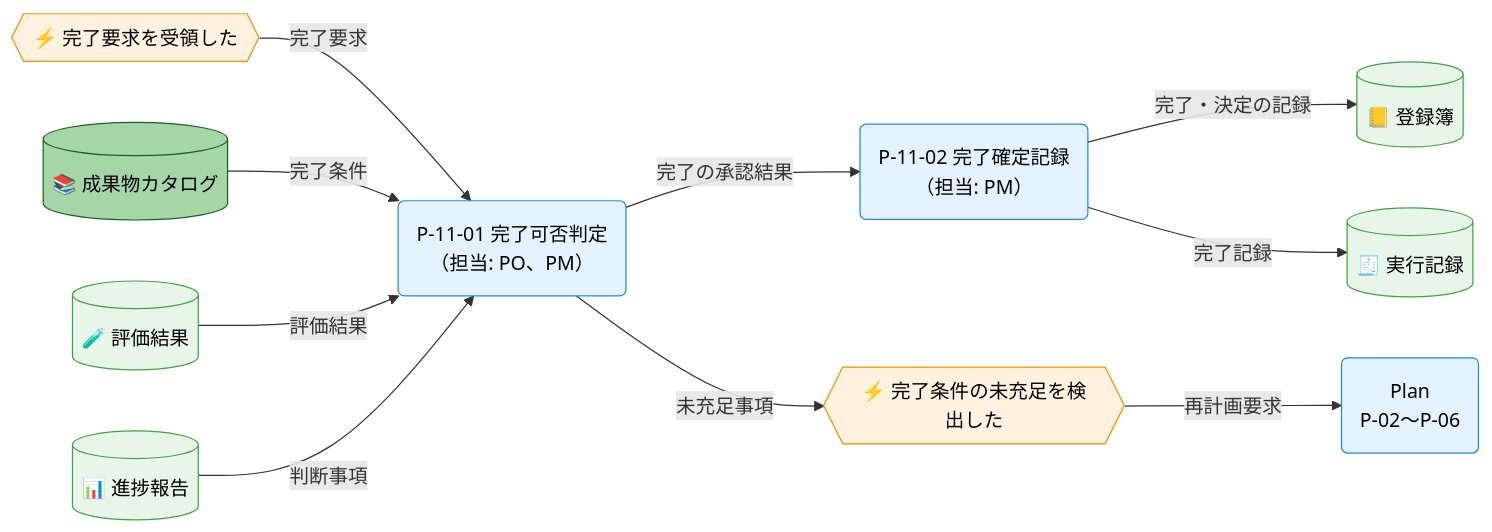
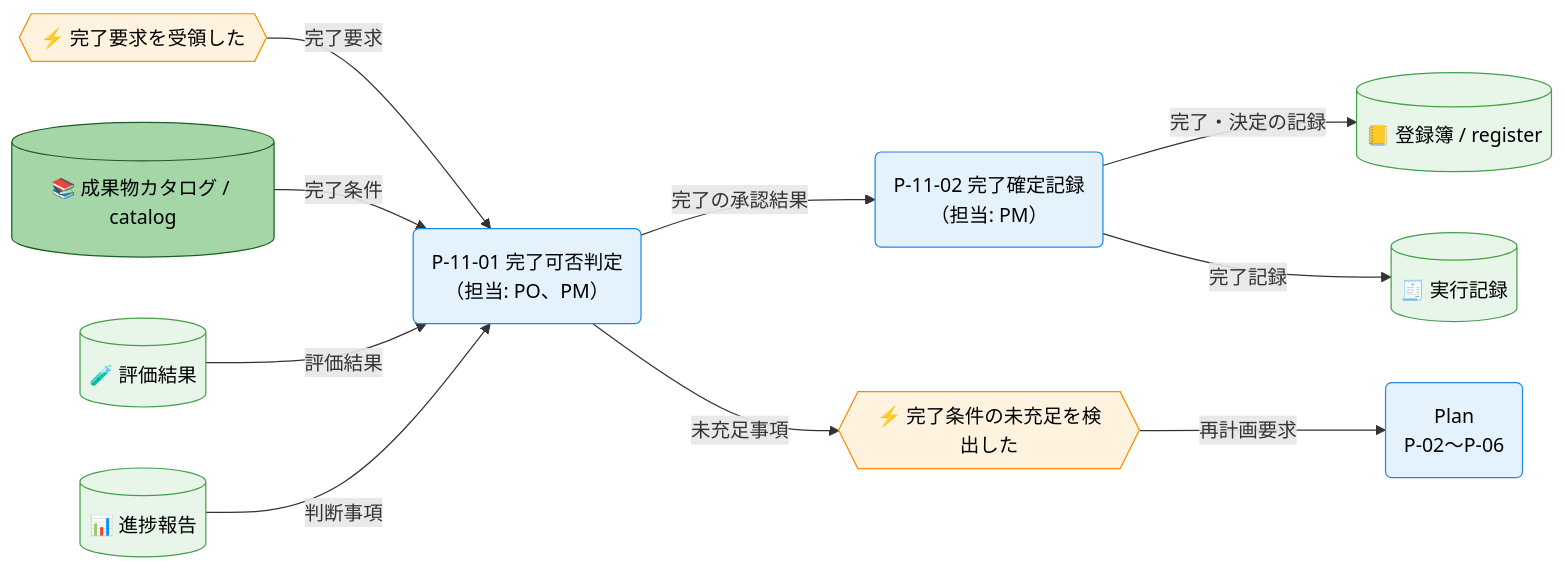
Before and after one commit to specdojo/specdojo: the first of 3 diagrams in docs/ja/product/010-business-specs/010-data-flow/cdfd-action.md, drawn with Mermaid. The commit also changed other lines of this file and 14 other files, not shown here.

````diff
--- a/docs/ja/product/010-business-specs/010-data-flow/cdfd-action.md
+++ b/docs/ja/product/010-business-specs/010-data-flow/cdfd-action.md
@@ -102,33 +102,33 @@
 ```mermaid
 flowchart LR
   classDef process fill:#e3f2fd,stroke:#1e88e5,color:#000
   classDef event fill:#fff3e0,stroke:#fb8c00,color:#000
   classDef storeMaster fill:#a5d6a7,stroke:#1b5e20,color:#000
   classDef storeTransaction fill:#e8f5e9,stroke:#43a047,color:#000
 
   完了要求{{"⚡ 完了要求を受領した"}}
   完了可否判定("P-11-01 完了可否判定<br>（担当: PO、PM）")
   完了確定記録("P-11-02 完了確定記録<br>（担当: PM）")
   未充足{{"⚡ 完了条件の未充足を検出した"}}
   Plan("Plan<br>P-02〜P-06")
-  成果物カタログ[("📚 成果物カタログ")]
+  成果物カタログ[("📚 成果物カタログ / catalog")]
   評価結果[("🧪 評価結果")]
   進捗報告[("📊 進捗報告")]
-  登録簿[("📒 登録簿")]
+  登録簿[("📒 登録簿 / register")]
   実行記録[("🧾 実行記録")]
 
   完了要求 -->|"完了要求"| 完了可否判定
   成果物カタログ -->|"完了条件"| 完了可否判定
   評価結果 -->|"評価結果"| 完了可否判定
   進捗報告 -->|"判断事項"| 完了可否判定
   完了可否判定 -->|"完了の承認結果"| 完了確定記録
   完了可否判定 -->|"未充足事項"| 未充足
   完了確定記録 -->|"完了・決定の記録"| 登録簿
   完了確定記録 -->|"完了記録"| 実行記録
   未充足 -->|"再計画要求"| Plan
 
   class 完了可否判定,完了確定記録,Plan process
   class 完了要求,未充足 event
   class 成果物カタログ storeMaster
   class 評価結果,進捗報告,登録簿,実行記録 storeTransaction
 ```
````
